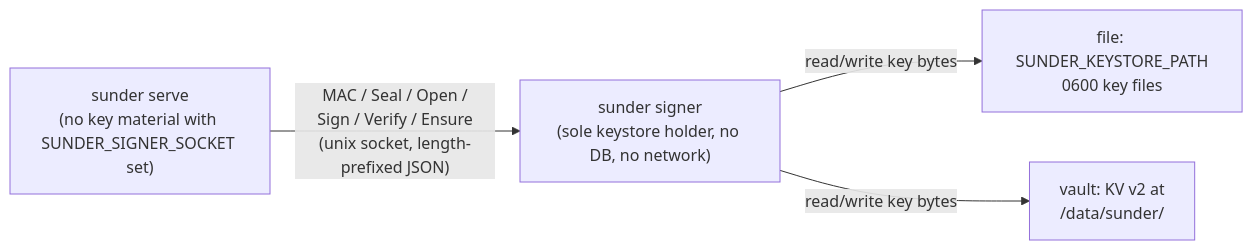
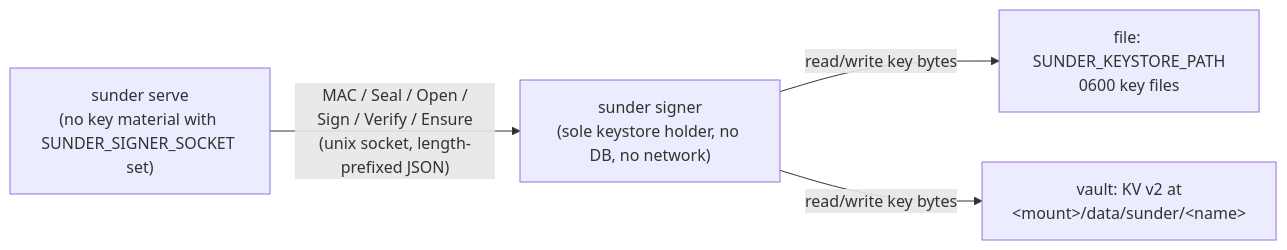
Before and after one commit to fvisic/sunder: the diagram in docs-site/docs/admin/keys-and-keystores.md, drawn with Mermaid. The commit also changed 13 other files, not shown here.

Commit message:
P3.6 docs site skeleton: MkDocs Material with 30 guide pages for every shipped feature, mermaid diagram plus runnable steps plus security notes per page, strict-mode CI build so the guides cannot rot

````diff
--- a/docs-site/docs/admin/keys-and-keystores.md
+++ b/docs-site/docs/admin/keys-and-keystores.md
@@ -9,11 +9,11 @@
 ```mermaid
 flowchart LR
     API["sunder serve\n(no key material with SUNDER_SIGNER_SOCKET set)"]
     Signer["sunder signer\n(sole keystore holder, no DB, no network)"]
     FS["file: SUNDER_KEYSTORE_PATH\n0600 key files"]
-    Vault["vault: KV v2 at\n<mount>/data/sunder/<name>"]
+    Vault["vault: KV v2 at\n&lt;mount&gt;/data/sunder/&lt;name&gt;"]
 
     API -- "MAC / Seal / Open /\nSign / Verify / Ensure\n(unix socket, length-prefixed JSON)" --> Signer
     Signer -- "read/write key bytes" --> FS
     Signer -- "read/write key bytes" --> Vault
 ```
````
